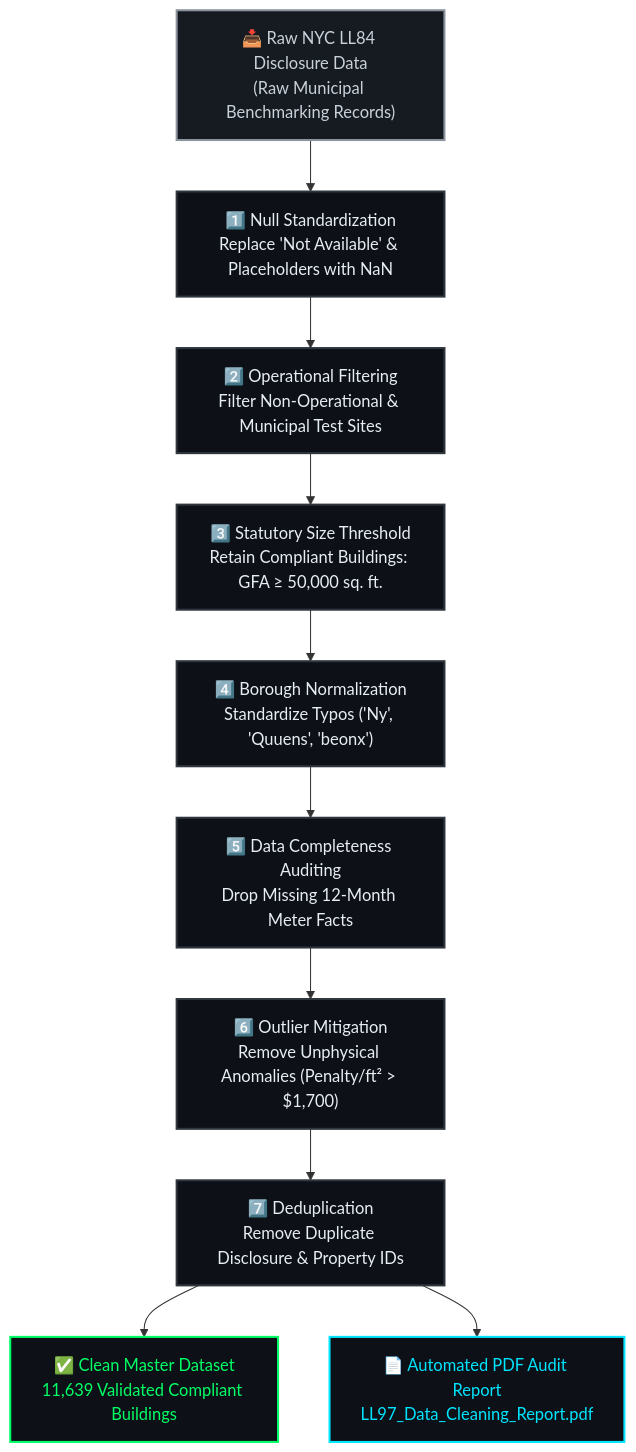
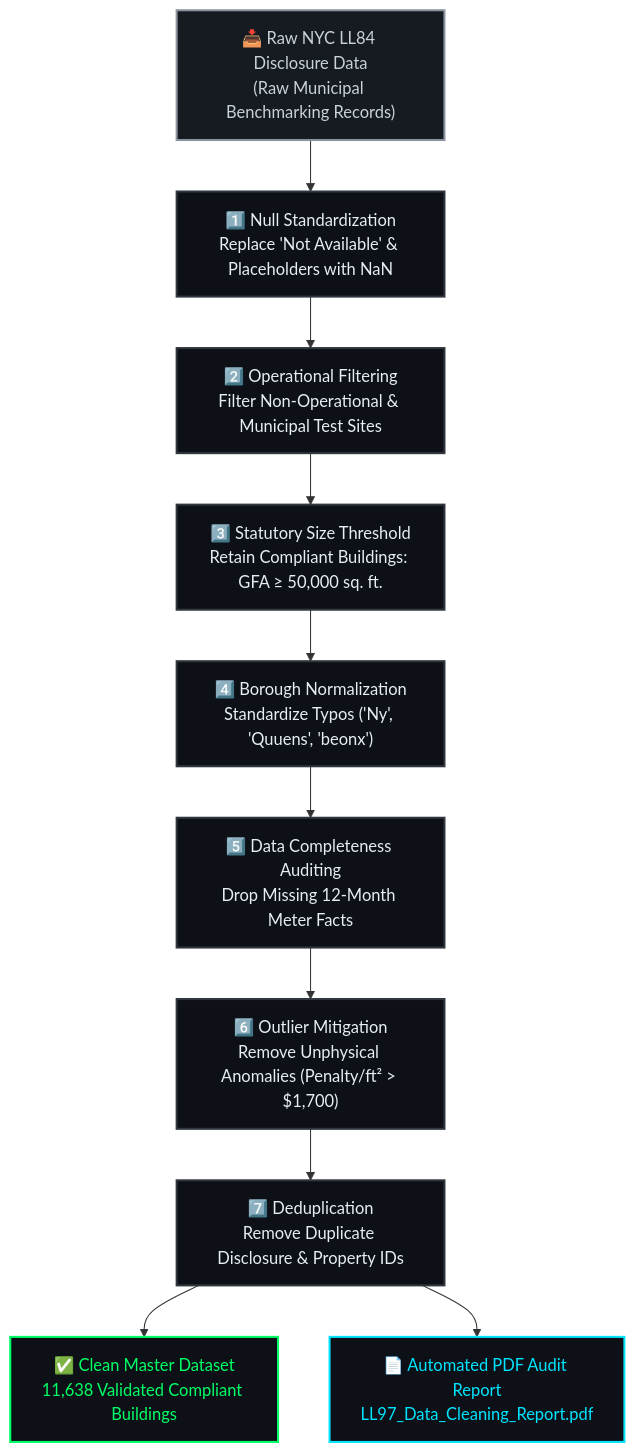
One commit to Huda-Amr/carbon-heist-mitigation changed the diagram in data/README.md. Above: the diagram before and after it, drawn with Mermaid. The commit also changed other lines of this file and 13 other files, not shown here.

````diff
--- a/data/README.md
+++ b/data/README.md
@@ -30,17 +30,17 @@
 ```mermaid
 flowchart TD
     RAW["📥 Raw NYC LL84 Disclosure Data\n(Raw Municipal Benchmarking Records)"]:::raw --> S1["1️⃣ Null Standardization\nReplace 'Not Available' & Placeholders with NaN"]:::step
     S1 --> S2["2️⃣ Operational Filtering\nFilter Non-Operational & Municipal Test Sites"]:::step
     S2 --> S3["3️⃣ Statutory Size Threshold\nRetain Compliant Buildings: GFA ≥ 50,000 sq. ft."]:::step
     S3 --> S4["4️⃣ Borough Normalization\nStandardize Typos ('Ny', 'Quuens', 'beonx')"]:::step
     S4 --> S5["5️⃣ Data Completeness Auditing\nDrop Missing 12-Month Meter Facts"]:::step
     S5 --> S6["6️⃣ Outlier Mitigation\nRemove Unphysical Anomalies (Penalty/ft² > $1,700)"]:::step
     S6 --> S7["7️⃣ Deduplication\nRemove Duplicate Disclosure & Property IDs"]:::step
-    S7 --> OUT["✅ Clean Master Dataset\n11,639 Validated Compliant Buildings"]:::out
+    S7 --> OUT["✅ Clean Master Dataset\n11,638 Validated Compliant Buildings"]:::out
     S7 --> PDF["📄 Automated PDF Audit Report\nLL97_Data_Cleaning_Report.pdf"]:::pdf
 
     classDef raw fill:#161B22,stroke:#8B949E,stroke-width:2px,color:#C9D1D9
     classDef step fill:#0D1117,stroke:#30363D,stroke-width:2px,color:#E6EDF3
     classDef out fill:#0D1117,stroke:#00FF66,stroke-width:2px,color:#00FF66
     classDef pdf fill:#0D1117,stroke:#00E5FF,stroke-width:2px,color:#00E5FF
 ```
````
